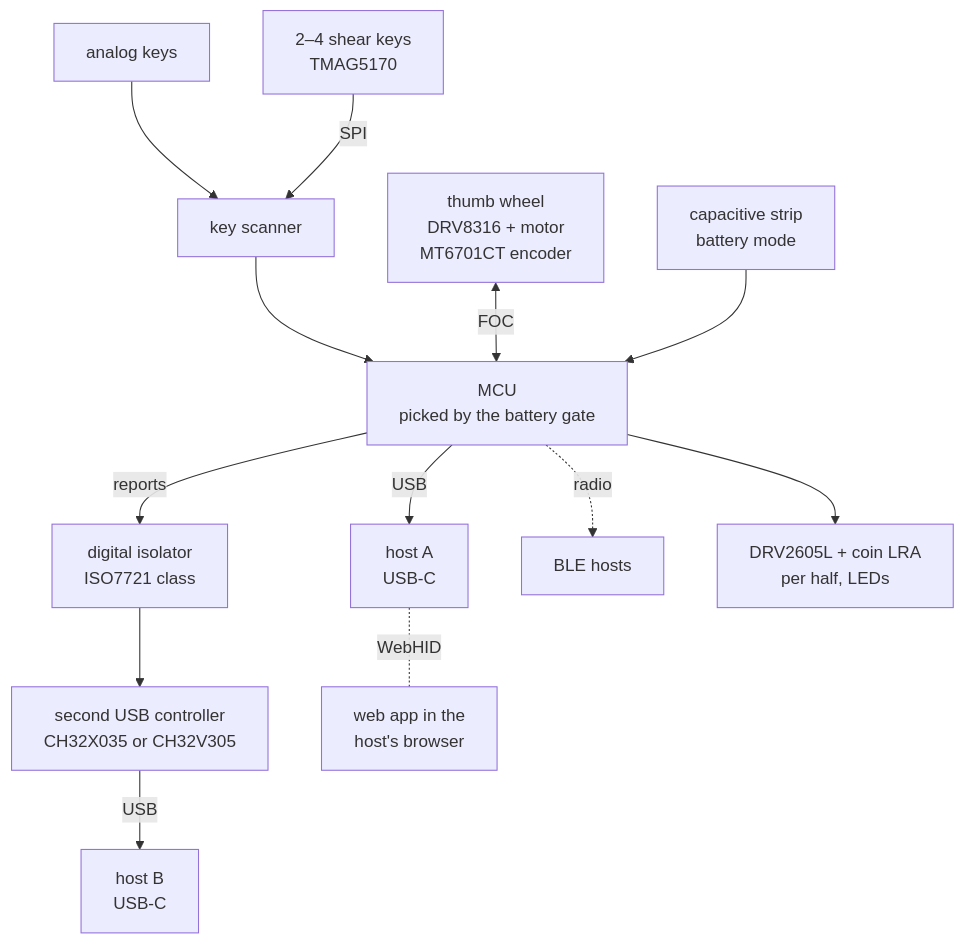
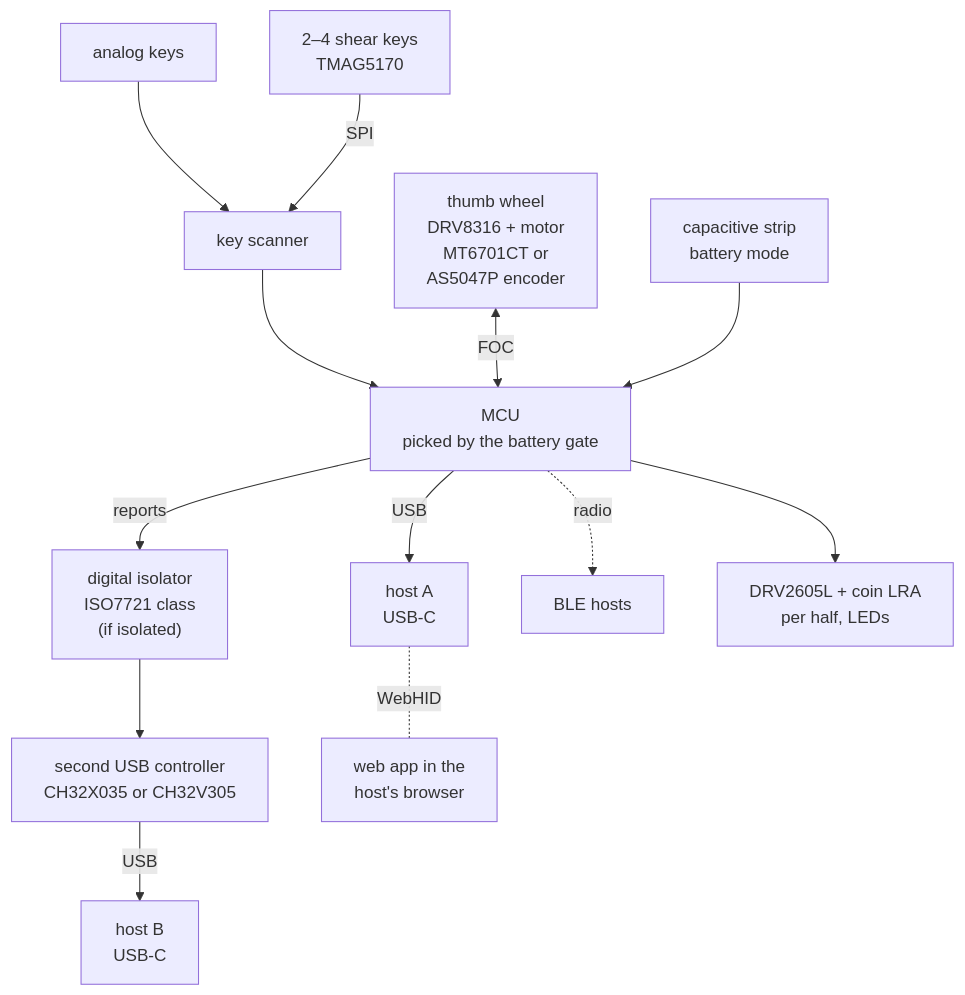
The first of 22 diagrams in keyboard/docs/concept.md (tyevco/prettycoolboards), drawn with Mermaid before and after one commit. The commit also changed other lines of this file and 72 other files, not shown here.

````diff
--- a/keyboard/docs/concept.md
+++ b/keyboard/docs/concept.md
@@ -35,36 +35,36 @@
 ```mermaid
 ---
 config:
   # the docs theme sets p { line-height: 28px }, which would clip the labels mermaid measured at 1.5
   themeCSS: "p { line-height: inherit; }"
   flowchart:
     wrappingWidth: 400
 ---
 flowchart TB
   K["analog keys"]
   S["2–4 shear keys<br/>TMAG5170"]
-  W["thumb wheel<br/>DRV8316 + motor<br/>MT6701CT encoder"]
+  W["thumb wheel<br/>DRV8316 + motor<br/>MT6701CT or<br/>AS5047P encoder"]
   T["capacitive strip<br/>battery mode"]
   SC["key scanner"]
   MCU["MCU<br/>picked by the battery gate"]
   HA["host A<br/>USB-C"]
-  ISO["digital isolator<br/>ISO7721 class"]
+  ISO["digital isolator<br/>ISO7721 class<br/>(if isolated)"]
   U2["second USB controller<br/>CH32X035 or CH32V305"]
   HB["host B<br/>USB-C"]
   BLE["BLE hosts"]
   FB["DRV2605L + coin LRA<br/>per half, LEDs"]
   APP["web app in the<br/>host's browser"]
 
   K --> SC
   S -->|"SPI"| SC
   SC --> MCU
   W <-->|"FOC"| MCU
   T --> MCU
   MCU -->|"reports"| ISO
   ISO --> U2
   U2 -->|"USB"| HB
   MCU -->|"USB"| HA
   HA -.-|"WebHID"| APP
   MCU -.->|"radio"| BLE
   MCU --> FB
 ```
````
